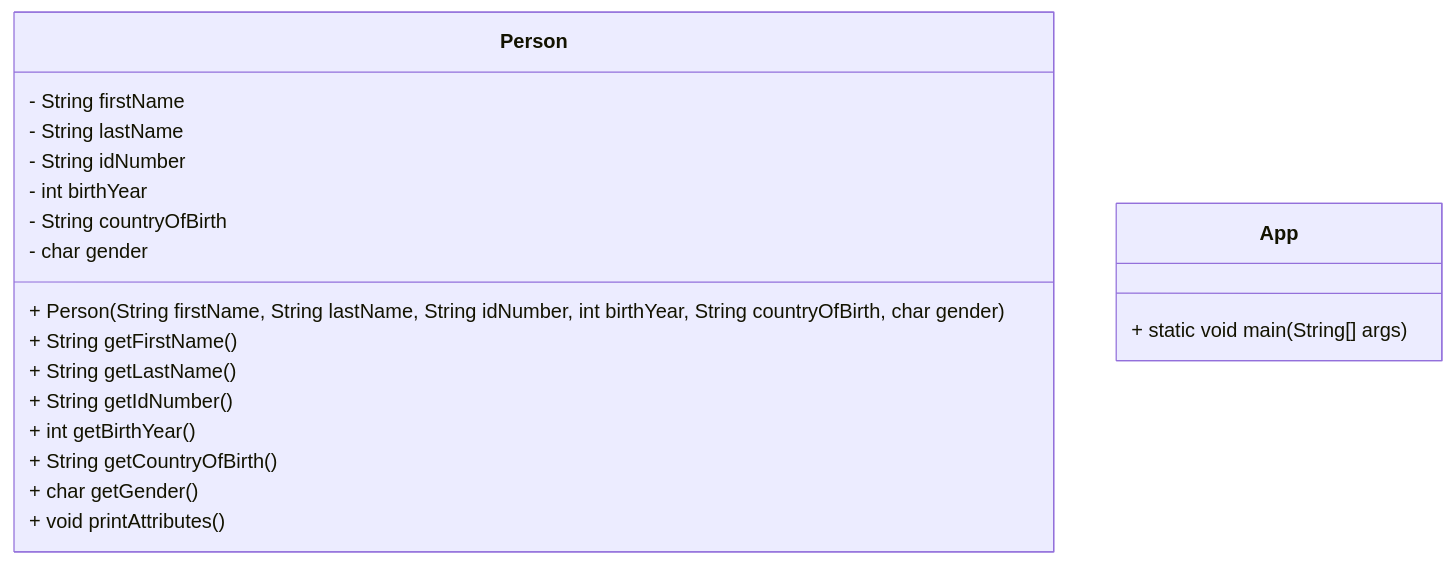
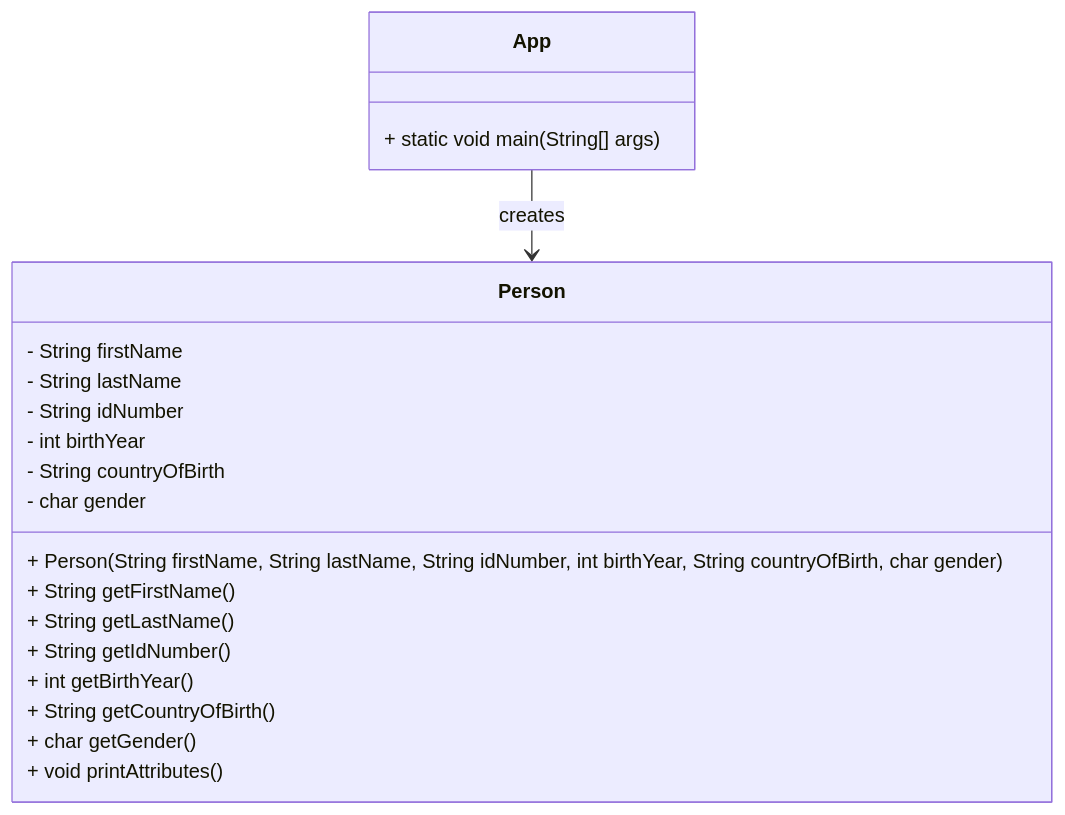
One commit to OlenaMyroshnykova/my-first-java-class66 changed the diagram in README.MD. Above: the diagram before and after it, drawn with Mermaid.

````diff
--- a/README.MD
+++ b/README.MD
@@ -3,23 +3,25 @@
 ```mermaid
 classDiagram
     class Person {
         - String firstName
         - String lastName
         - String idNumber
         - int birthYear
         - String countryOfBirth
         - char gender
         + Person(String firstName, String lastName, String idNumber, int birthYear, String countryOfBirth, char gender)
         + String getFirstName()
         + String getLastName()
         + String getIdNumber()
         + int getBirthYear()
         + String getCountryOfBirth()
         + char getGender()
         + void printAttributes()
     }
 
     class App {
         + static void main(String[] args)
     }
+
+    App --> Person : creates
 ```
````
